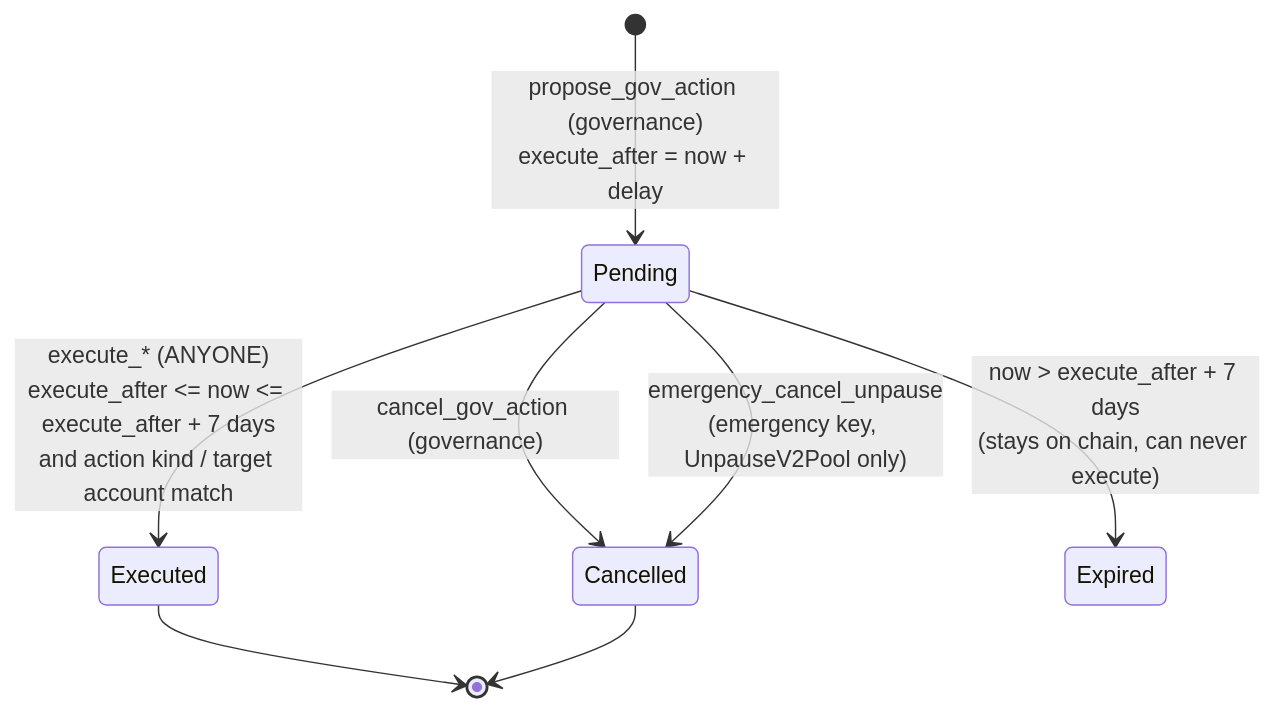
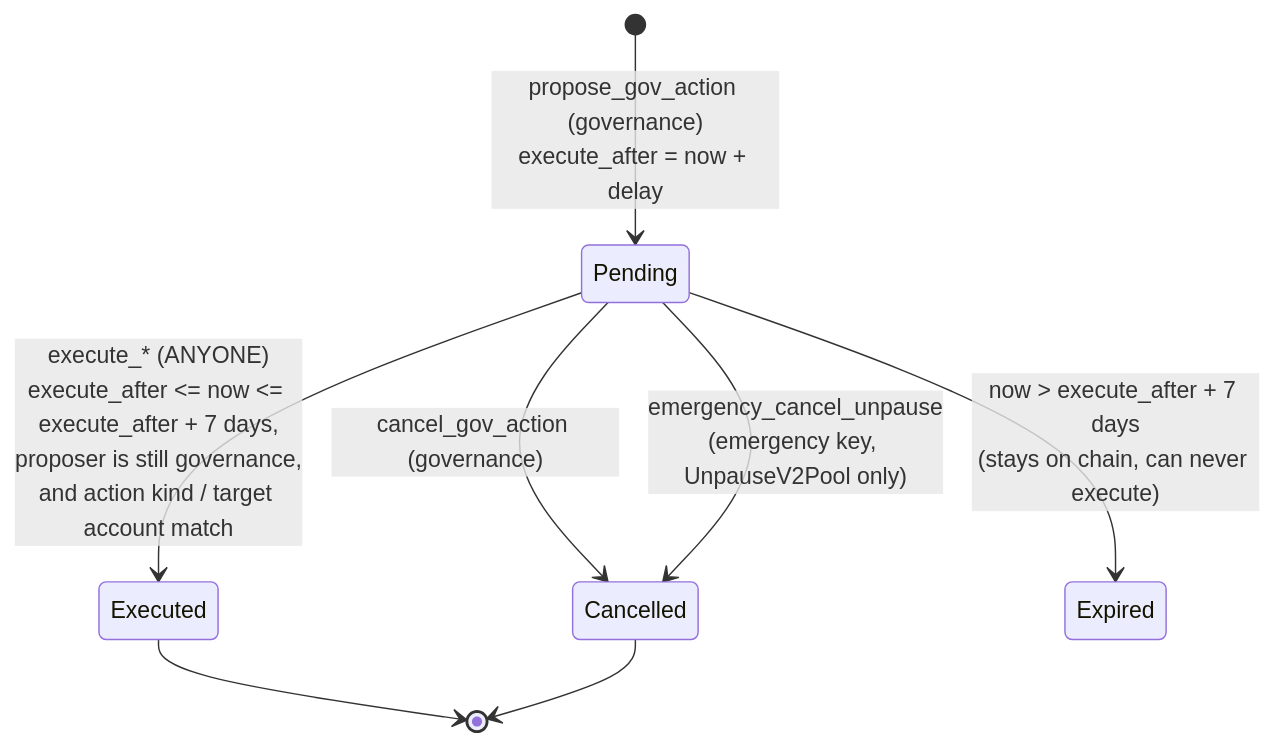
Before and after one commit to pospos191-alt/zetaphy: the fourth of 5 diagrams in audit-package/ARCHITECTURE.md, drawn with Mermaid. The commit also changed other lines of this file and 24 other files, not shown here.

````diff
--- a/audit-package/ARCHITECTURE.md
+++ b/audit-package/ARCHITECTURE.md
@@ -112,10 +112,10 @@
 ```mermaid
 stateDiagram-v2
   [*] --> Pending: propose_gov_action (governance)<br/>execute_after = now + delay
   Pending --> Cancelled: cancel_gov_action (governance)
   Pending --> Cancelled: emergency_cancel_unpause<br/>(emergency key, UnpauseV2Pool only)
-  Pending --> Executed: execute_* (ANYONE)<br/>execute_after <= now <= execute_after + 7 days<br/>and action kind / target account match
+  Pending --> Executed: execute_* (ANYONE)<br/>execute_after <= now <= execute_after + 7 days,<br/>proposer is still governance,<br/>and action kind / target account match
   Pending --> Expired: now > execute_after + 7 days<br/>(stays on chain, can never execute)
   Executed --> [*]
   Cancelled --> [*]
 ```
````
